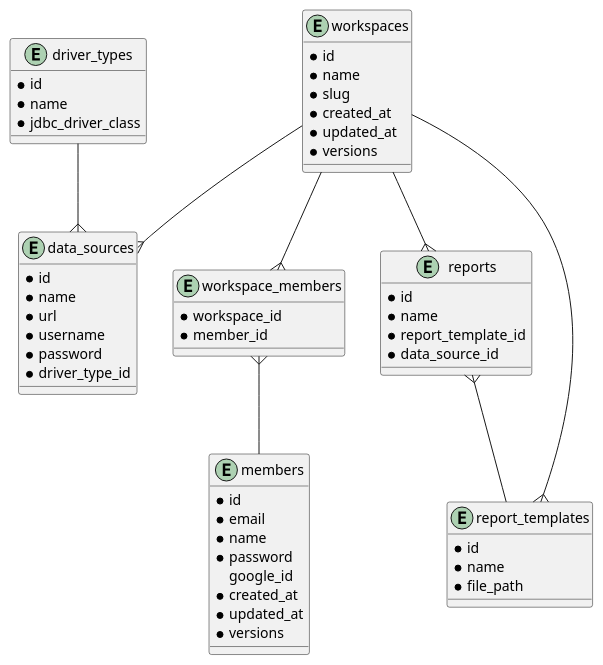
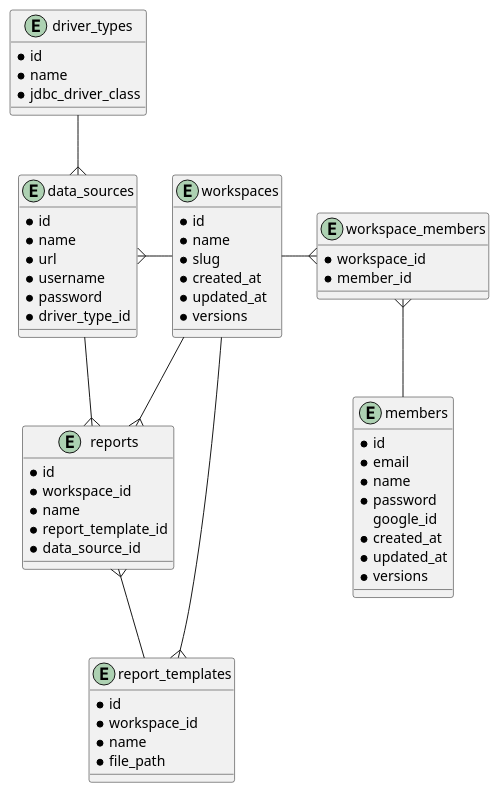
Before and after one commit to ijufumi/openreports-api: the diagram in docs/db/diagram.puml, drawn with PlantUML.

Commit message:
Add relationship

```diff
--- a/docs/db/diagram.puml
+++ b/docs/db/diagram.puml
@@ -1,64 +1,67 @@
 @startuml
 
 entity members {
   * id
   * email
   * name
   * password
     google_id
   * created_at
   * updated_at
   * versions
 }
 
 entity workspaces {
   * id
   * name
   * slug
   * created_at
   * updated_at
   * versions
 }
 
 entity workspace_members {
   * workspace_id
   * member_id
 }
 
 entity data_sources {
   * id
   * name
   * url
   * username
   * password
   * driver_type_id
 }
 
 entity driver_types {
   * id
   * name
   * jdbc_driver_class
 }
 
 entity reports {
   * id
+  * workspace_id
   * name
   * report_template_id
   * data_source_id
 }
 
 entity report_templates {
   * id
+  * workspace_id
   * name
   * file_path
 }
 
-workspaces --{ workspace_members
+workspaces --r{ workspace_members
 workspace_members }-- members
-workspaces --{ data_sources
+workspaces --l{ data_sources
 workspaces --{ reports
 workspaces --{ report_templates
 reports }-- report_templates
 driver_types --{ data_sources
+data_sources --{ reports
 
 @enduml
```
